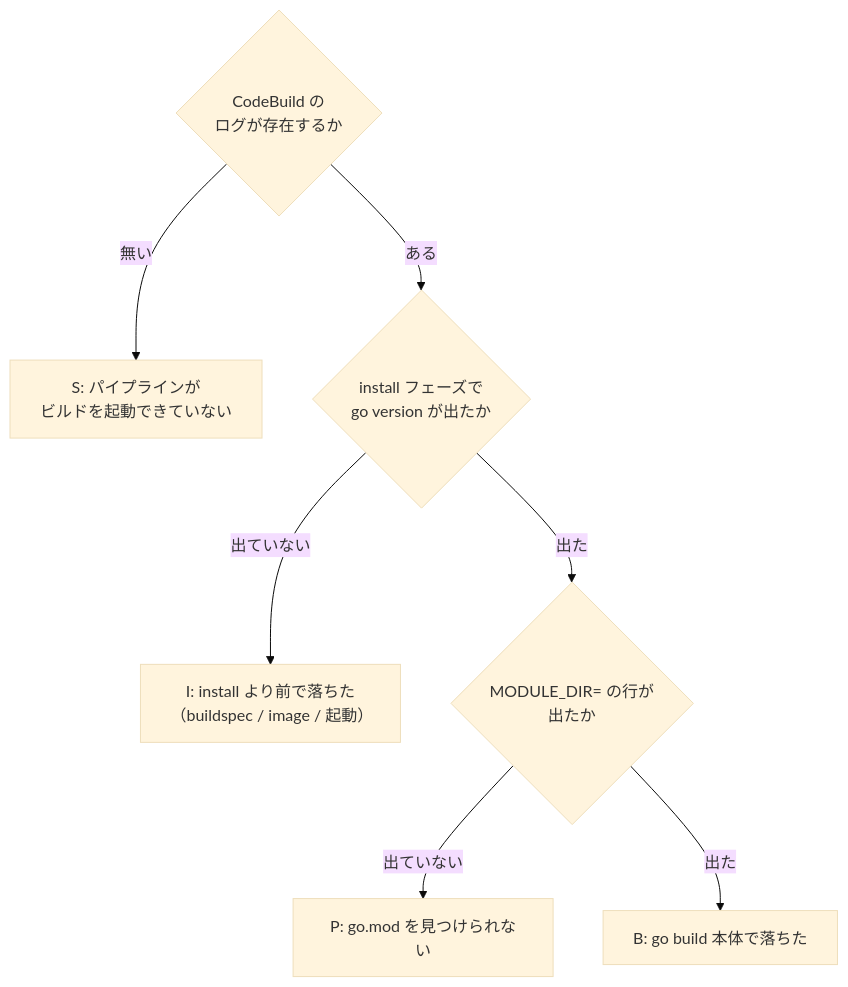
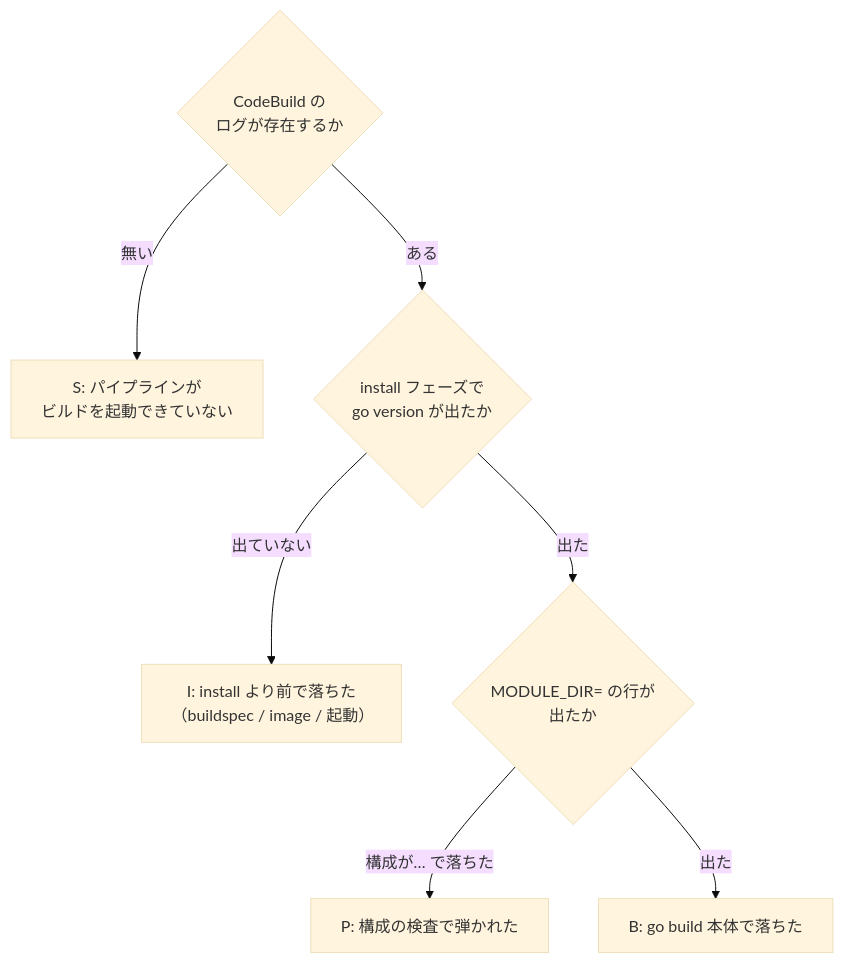
Before and after one commit to rxsxkxd/pk: the first of 2 diagrams in docs/rds_mysql_upgrade/ci/build-report-tool-troubleshooting.md, drawn with Mermaid (base theme). The commit also changed other lines of this file and 4 other files, not shown here.

````diff
--- a/docs/rds_mysql_upgrade/ci/build-report-tool-troubleshooting.md
+++ b/docs/rds_mysql_upgrade/ci/build-report-tool-troubleshooting.md
@@ -11,9 +11,9 @@
 ```mermaid
 flowchart TD
     Q0{"CodeBuild の<br/>ログが存在するか"} -->|"無い"| S["S: パイプラインが<br/>ビルドを起動できていない"]
     Q0 -->|"ある"| Q1{"install フェーズで<br/>go version が出たか"}
     Q1 -->|"出ていない"| I["I: install より前で落ちた<br/>（buildspec / image / 起動）"]
     Q1 -->|"出た"| Q2{"MODULE_DIR= の行が<br/>出たか"}
-    Q2 -->|"出ていない"| P["P: go.mod を見つけられない"]
+    Q2 -->|"構成が… で落ちた"| P["P: 構成の検査で弾かれた"]
     Q2 -->|"出た"| B["B: go build 本体で落ちた"]
 ```
````
